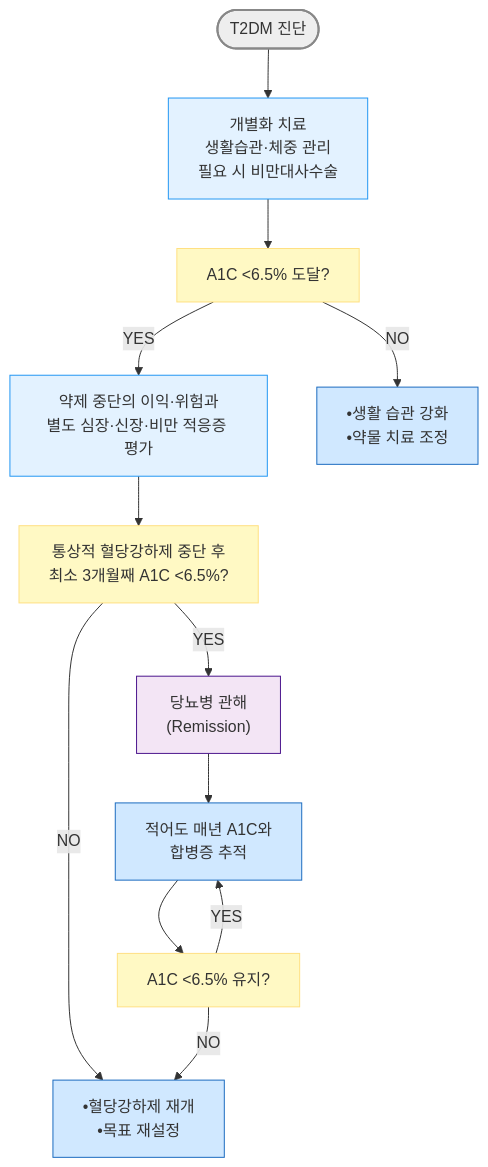
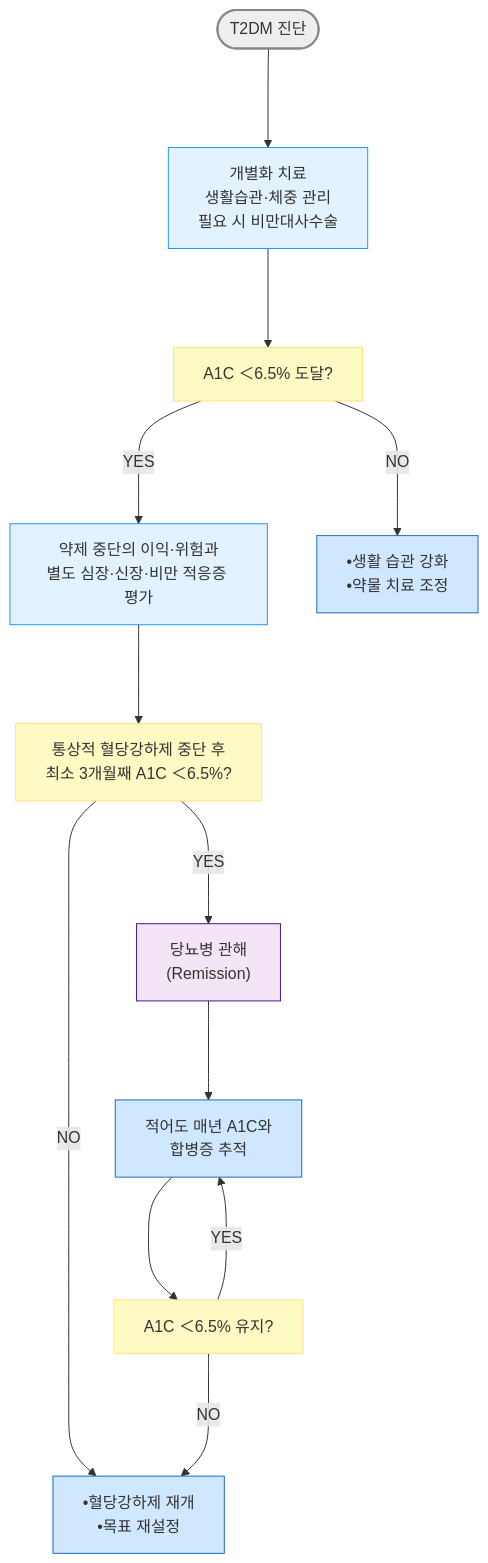
The second of 4 diagrams in 226_/100_-diabetes-mellitus.md (familyoh77/familyoh77), drawn with Mermaid before and after one commit. The commit also changed other lines of this file and 9 other files, not shown here.

````diff
--- a/226_/100_-diabetes-mellitus.md
+++ b/226_/100_-diabetes-mellitus.md
@@ -582,23 +616,23 @@
 ```mermaid
 graph TD
-    A(["T2DM 진단"]) --> B["개별화 치료<br/>생활습관·체중 관리<br/>필요 시 비만대사수술"]
-    B --> C["A1C &lt;6.5% 도달?"]
-    C -->|YES| D["약제 중단의 이익·위험과<br/>별도 심장·신장·비만 적응증 평가"]
-    D --> E["통상적 혈당강하제 중단 후<br/>최소 3개월째 A1C &lt;6.5%?"]
-    E -->|YES| F["당뇨병 관해<br/>(Remission)"]
-    E -->|NO| G["•혈당강하제 재개<br/>•목표 재설정"]
-    F --> H["적어도 매년 A1C와<br/>합병증 추적"]
-    H --> I["A1C &lt;6.5% 유지?"]
-    I -->|YES| H
-    I -->|NO| G
-    C -->|NO| J["•생활 습관 강화<br/>•약물 치료 조정"]
+    A(["T2DM 진단"]) ---> B["개별화 치료<br/>생활습관·체중 관리<br/>필요 시 비만대사수술"]
+    B ---> C["A1C ＜6.5% 도달?"]
+    C --->|YES| D["약제 중단의 이익·위험과<br/>별도 심장·신장·비만 적응증 평가"]
+    D ---> E["통상적 혈당강하제 중단 후<br/>최소 3개월째 A1C ＜6.5%?"]
+    E --->|YES| F["당뇨병 관해<br/>(Remission)"]
+    E --->|NO| G["•혈당강하제 재개<br/>•목표 재설정"]
+    F ---> H["적어도 매년 A1C와<br/>합병증 추적"]
+    H ---> I["A1C ＜6.5% 유지?"]
+    I --->|YES| H
+    I --->|NO| G
+    C --->|NO| J["•생활 습관 강화<br/>•약물 치료 조정"]
 
 style A fill:#eeeeee,stroke:#888888,stroke-width:2px
 classDef sky fill:#e3f2ff,stroke:#2196f3
 class B,D sky
 classDef yellow fill:#fff9c4,stroke:#ffe082
 class C,I,E yellow
 classDef blue fill:#d0e8ff,stroke:#1a6abf
 class J,H,G blue
 style F fill:#f3e5f5,stroke:#4a148c
 ```
````
